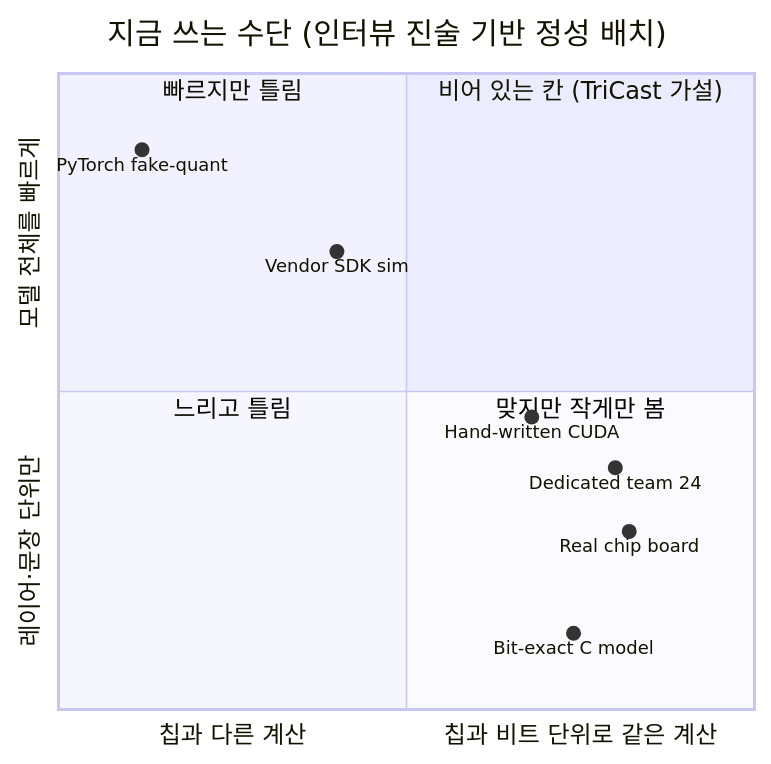
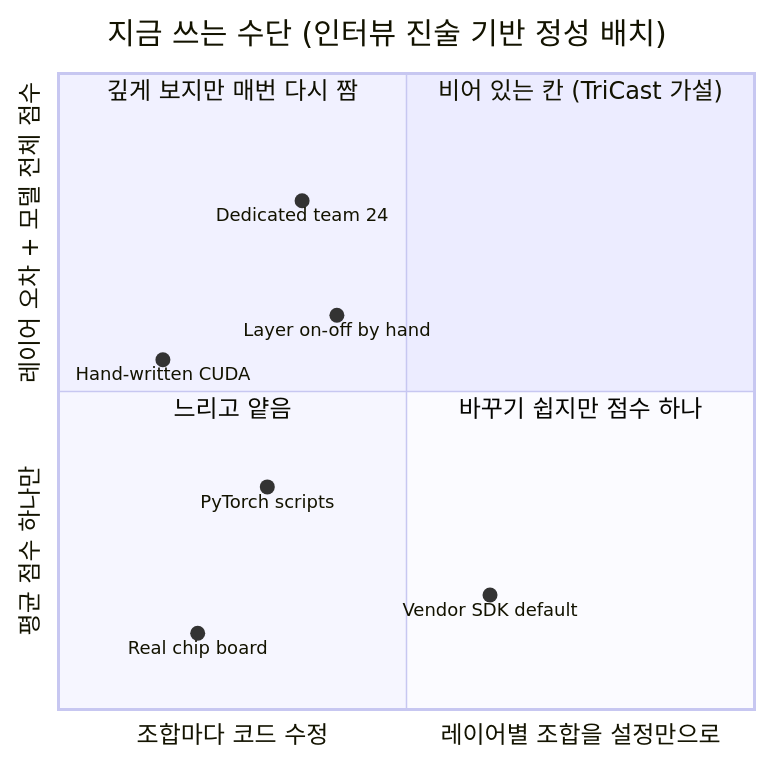
One commit to Youngmin17/TriCast changed the fourth of 5 diagrams in docs/PROBLEM.md. Above: the diagram before and after it, drawn with Mermaid. The commit also changed other lines of this file and 7 other files, not shown here.

````diff
--- a/docs/PROBLEM.md
+++ b/docs/PROBLEM.md
@@ -177,16 +179,16 @@
 ```mermaid
 quadrantChart
     title 지금 쓰는 수단 (인터뷰 진술 기반 정성 배치)
-    x-axis "칩과 다른 계산" --> "칩과 비트 단위로 같은 계산"
-    y-axis "레이어·문장 단위만" --> "모델 전체를 빠르게"
+    x-axis "조합마다 코드 수정" --> "레이어별 조합을 설정만으로"
+    y-axis "평균 점수 하나만" --> "레이어 오차 + 모델 전체 점수"
     quadrant-1 "비어 있는 칸 (TriCast 가설)"
-    quadrant-2 "빠르지만 틀림"
-    quadrant-3 "느리고 틀림"
-    quadrant-4 "맞지만 작게만 봄"
-    PyTorch fake-quant: [0.12, 0.88]
-    Vendor SDK sim: [0.4, 0.72]
-    Bit-exact C model: [0.74, 0.12]
-    Real chip board: [0.82, 0.28]
-    Hand-written CUDA: [0.68, 0.46]
-    Dedicated team 24: [0.8, 0.38]
+    quadrant-2 "깊게 보지만 매번 다시 짬"
+    quadrant-3 "느리고 얕음"
+    quadrant-4 "바꾸기 쉽지만 점수 하나"
+    Hand-written CUDA: [0.15, 0.55]
+    PyTorch scripts: [0.3, 0.35]
+    Vendor SDK default: [0.62, 0.18]
+    Real chip board: [0.2, 0.12]
+    Layer on-off by hand: [0.4, 0.62]
+    Dedicated team 24: [0.35, 0.8]
 ```
````
